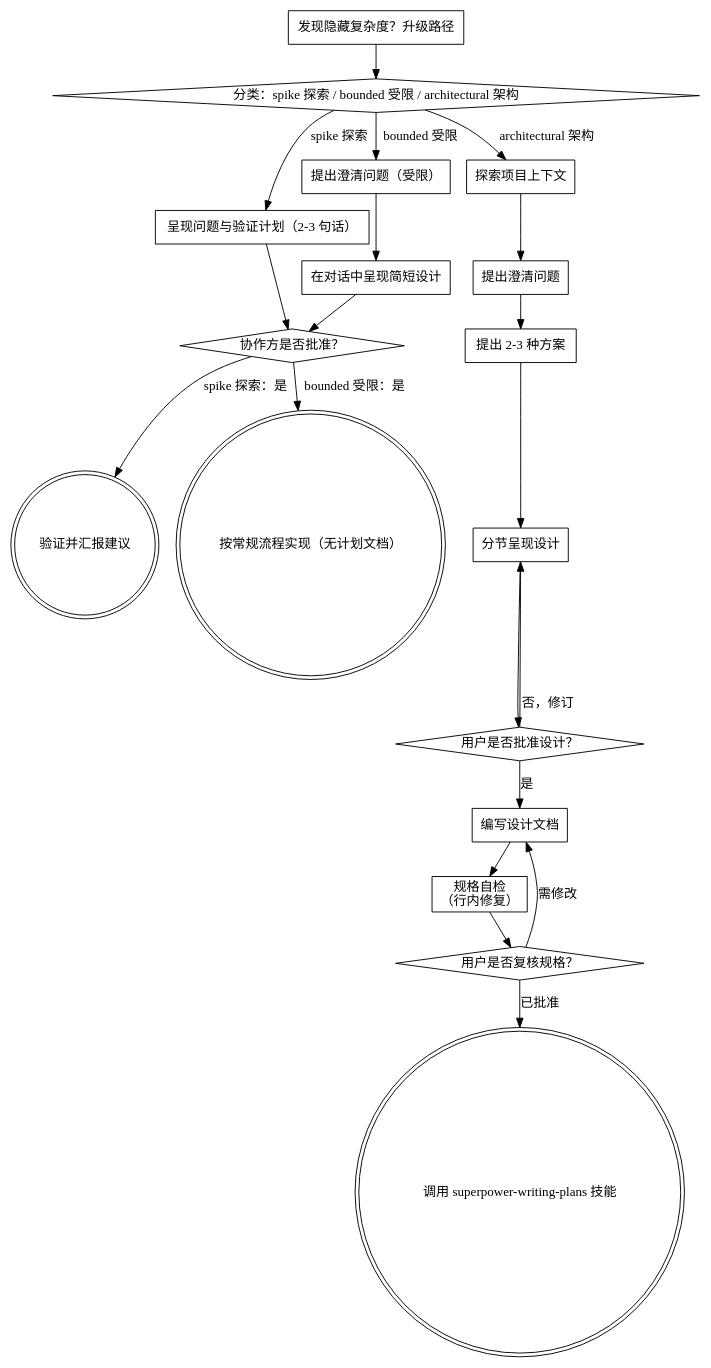
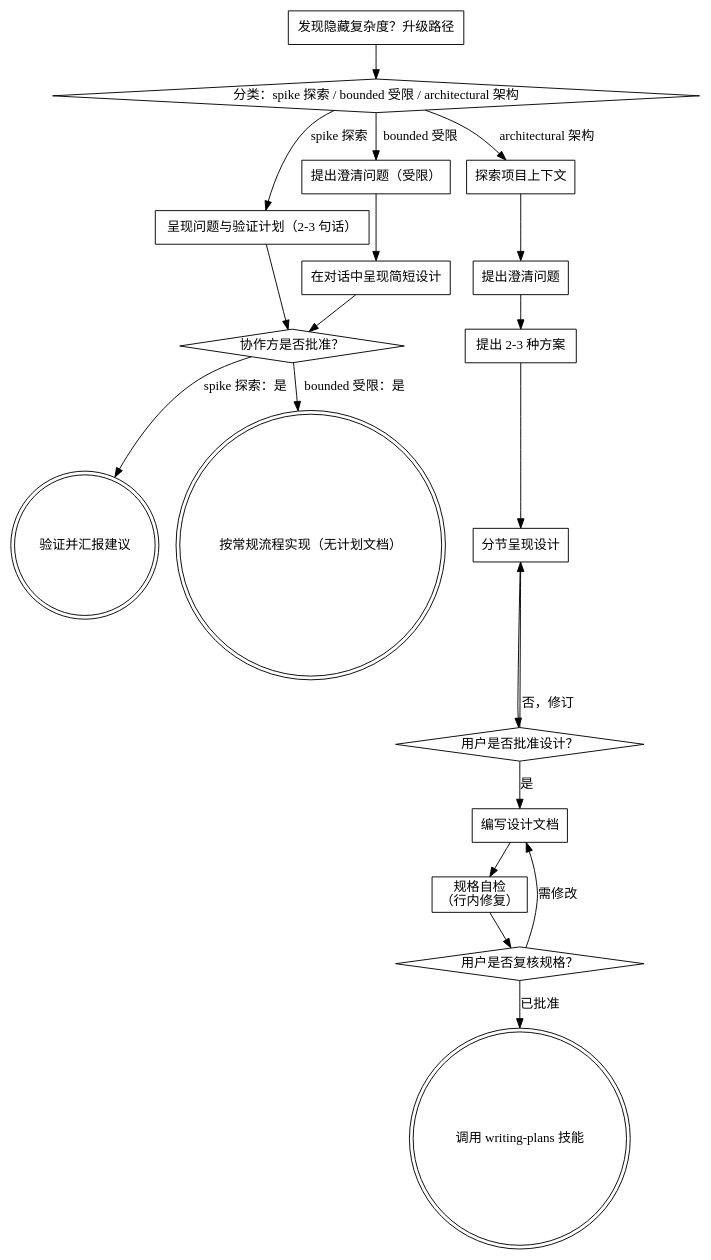
Before and after one commit to Wenaixi/dsh-superpower: the diagram in skills/brainstorming/SKILL.md, drawn with Graphviz. The commit also changed other lines of this file and 54 other files, not shown here.

````diff
--- a/skills/brainstorming/SKILL.md
+++ b/skills/brainstorming/SKILL.md
@@ -73,41 +89,41 @@
 ```dot
 digraph brainstorming {
     "分类：spike 探索 / bounded 受限 / architectural 架构" [shape=diamond];
     "呈现问题与验证计划（2-3 句话）" [shape=box];
     "提出澄清问题（受限）" [shape=box];
     "在对话中呈现简短设计" [shape=box];
     "协作方是否批准？" [shape=diamond];
     "验证并汇报建议" [shape=doublecircle];
     "按常规流程实现（无计划文档）" [shape=doublecircle];
     "探索项目上下文" [shape=box];
     "提出澄清问题" [shape=box];
     "提出 2-3 种方案" [shape=box];
     "分节呈现设计" [shape=box];
     "用户是否批准设计？" [shape=diamond];
     "编写设计文档" [shape=box];
     "规格自检\n（行内修复）" [shape=box];
     "用户是否复核规格？" [shape=diamond];
-    "调用 superpower-writing-plans 技能" [shape=doublecircle];
+    "调用 writing-plans 技能" [shape=doublecircle];
     "发现隐藏复杂度？升级路径" [shape=box];
 
     "分类：spike 探索 / bounded 受限 / architectural 架构" -> "呈现问题与验证计划（2-3 句话）" [label="spike 探索"];
     "分类：spike 探索 / bounded 受限 / architectural 架构" -> "提出澄清问题（受限）" [label="bounded 受限"];
     "分类：spike 探索 / bounded 受限 / architectural 架构" -> "探索项目上下文" [label="architectural 架构"];
     "呈现问题与验证计划（2-3 句话）" -> "协作方是否批准？";
     "提出澄清问题（受限）" -> "在对话中呈现简短设计";
     "在对话中呈现简短设计" -> "协作方是否批准？";
     "协作方是否批准？" -> "验证并汇报建议" [label="spike 探索：是"];
     "协作方是否批准？" -> "按常规流程实现（无计划文档）" [label="bounded 受限：是"];
     "发现隐藏复杂度？升级路径" -> "分类：spike 探索 / bounded 受限 / architectural 架构";
     "探索项目上下文" -> "提出澄清问题";
     "提出澄清问题" -> "提出 2-3 种方案";
     "提出 2-3 种方案" -> "分节呈现设计";
     "分节呈现设计" -> "用户是否批准设计？";
     "用户是否批准设计？" -> "分节呈现设计" [label="否，修订"];
     "用户是否批准设计？" -> "编写设计文档" [label="是"];
     "编写设计文档" -> "规格自检\n（行内修复）";
     "规格自检\n（行内修复）" -> "用户是否复核规格？";
     "用户是否复核规格？" -> "编写设计文档" [label="需修改"];
-    "用户是否复核规格？" -> "调用 superpower-writing-plans 技能" [label="已批准"];
+    "用户是否复核规格？" -> "调用 writing-plans 技能" [label="已批准"];
 }
 ```
````
